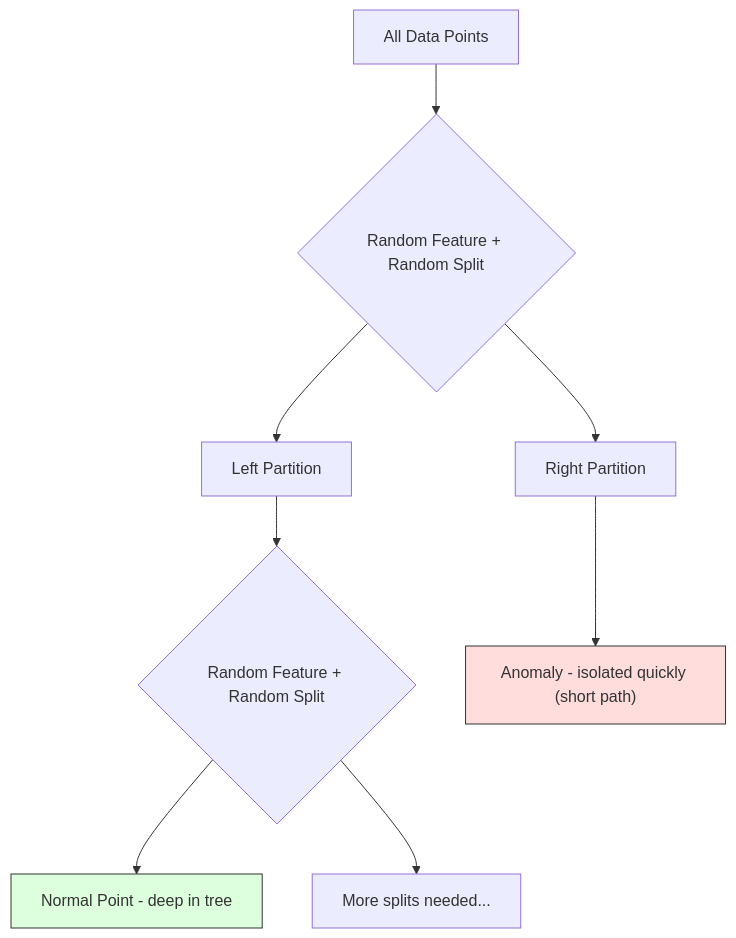
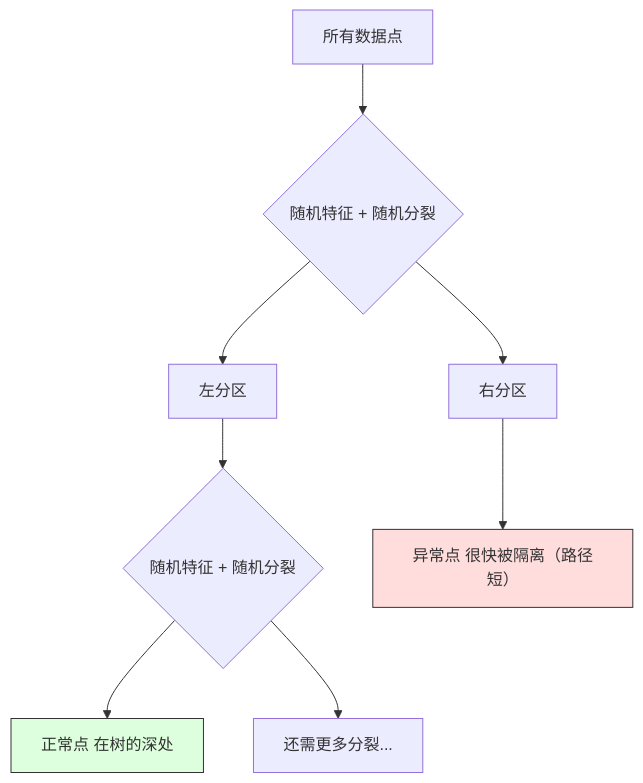
The second of 3 diagrams in phases/02-ml-fundamentals/16-anomaly-detection/docs/zh.md (JerryC8080/ai-engineering-from-scratch-zh), drawn with Mermaid before and after one commit. The commit also changed other lines of this file and 156 other files, not shown here.

First line of the commit message:
i18n(zh): translate mermaid diagram labels in 157 lesson zh.md

````diff
--- a/phases/02-ml-fundamentals/16-anomaly-detection/docs/zh.md
+++ b/phases/02-ml-fundamentals/16-anomaly-detection/docs/zh.md
@@ -129,13 +129,13 @@
 ```mermaid
 flowchart TD
-    A[All Data Points] --> B{Random Feature + Random Split}
-    B --> C[Left Partition]
-    B --> D[Right Partition]
-    C --> E{Random Feature + Random Split}
-    E --> F[Normal Point - deep in tree]
-    E --> G[More splits needed...]
-    D --> H["Anomaly - isolated quickly (short path)"]
+    A[所有数据点] --> B{随机特征 + 随机分裂}
+    B --> C[左分区]
+    B --> D[右分区]
+    C --> E{随机特征 + 随机分裂}
+    E --> F[正常点 在树的深处]
+    E --> G[还需更多分裂...]
+    D --> H["异常点 很快被隔离（路径短）"]
 
     style H fill:#fdd,stroke:#333
     style F fill:#dfd,stroke:#333
 ```
````
